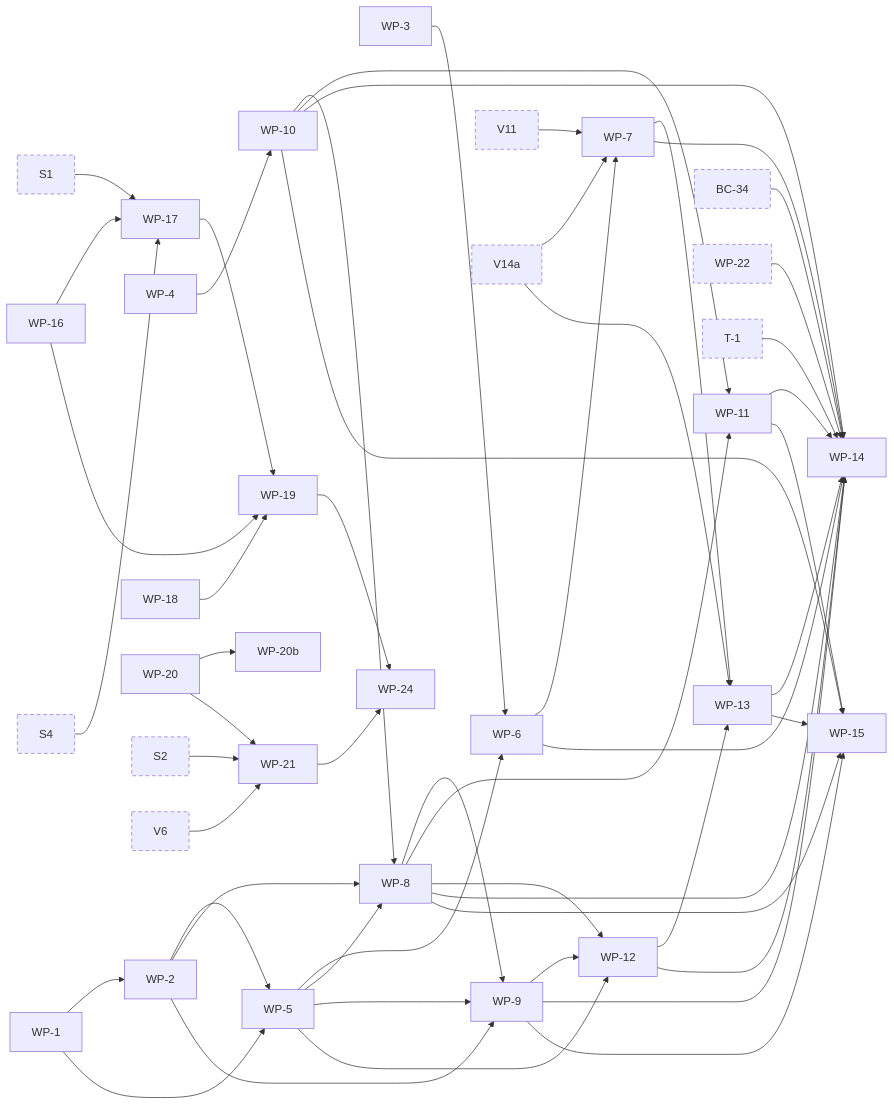
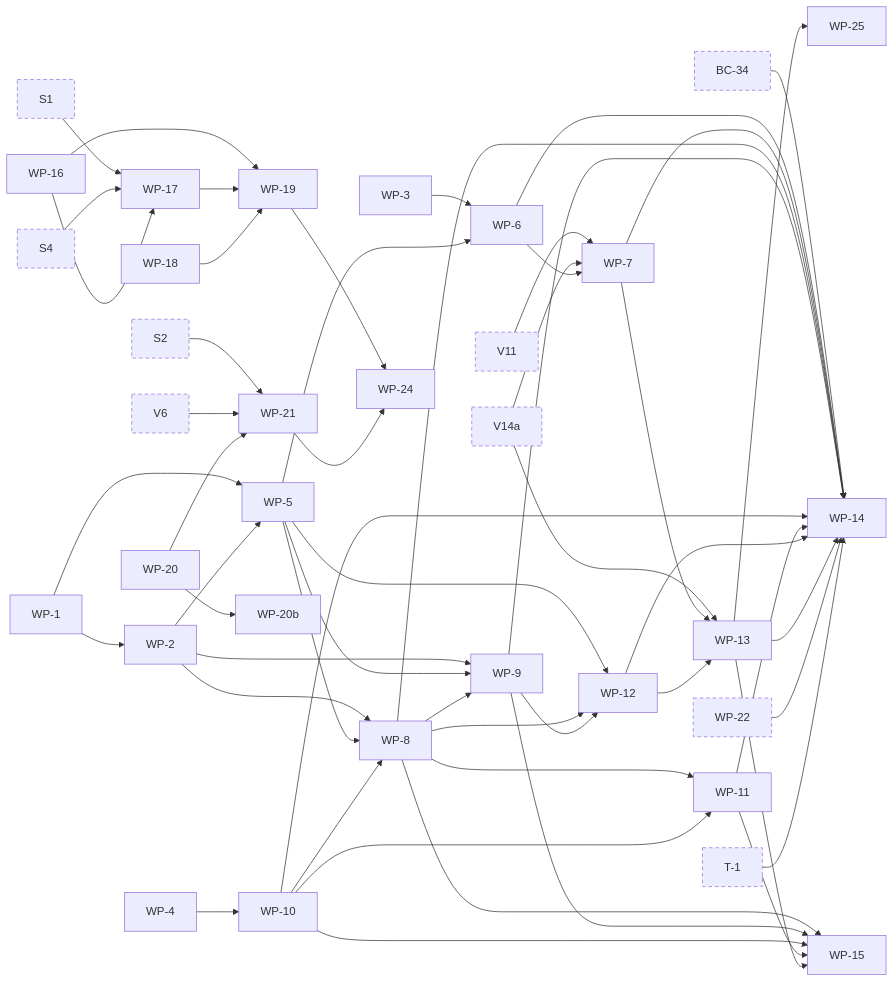
One commit to jhoblitt/rgw-go changed the eighth of 11 diagrams in docs/superpowers/plans/2026-10-13-phase-2/dependencies.md. Above: the diagram before and after it, drawn with Mermaid. The commit also changed other lines of this file and 1 other file, not shown here.

Commit message:
docs(plan): add task WP-25, GetObjectAttributes' two permissions
WP-13's adversarial review found that GetObjectAttributes is allowed
when either s3:GetObject or s3:GetObjectAttributes is, as radosgw
v20.2.4 allows it, so a principal denied s3:GetObject reads the
object's attributes and, since WP-13, its stored checksums. AWS and
upstream's fix in v21.1.2 require both. The permission rule predates
WP-13, so it becomes task WP-25 before WP-13 merges.

```diff
--- a/docs/superpowers/plans/2026-10-13-phase-2/dependencies.md
+++ b/docs/superpowers/plans/2026-10-13-phase-2/dependencies.md
@@ -821,6 +821,7 @@
   t_WP_20b["WP-20b"]
   t_WP_21["WP-21"]
   t_WP_24["WP-24"]
+  t_WP_25["WP-25"]
   t_S1["S1"]:::ext
   t_S2["S2"]:::ext
   t_S4["S4"]:::ext
@@ -881,6 +882,7 @@
   t_WP_20 --> t_WP_21
   t_WP_19 --> t_WP_24
   t_WP_21 --> t_WP_24
+  t_WP_13 --> t_WP_25
   click t_WP_1 href "https://github.com/jhoblitt/rgw-go/blob/main/docs/superpowers/plans/2026-10-13-phase-2/WP-write-path.md#task-wp-1-checksum-types-and-record" "WP-1: checksum types and record"
   click t_WP_2 href "https://github.com/jhoblitt/rgw-go/blob/main/docs/superpowers/plans/2026-10-13-phase-2/WP-write-path.md#task-wp-2-digests-and-combiners" "WP-2: digests and combiners"
   click t_WP_3 href "https://github.com/jhoblitt/rgw-go/blob/main/docs/superpowers/plans/2026-10-13-phase-2/WP-write-path.md#task-wp-3-trailer-values" "WP-3: trailer values"
@@ -904,6 +906,7 @@
   click t_WP_20b href "https://github.com/jhoblitt/rgw-go/blob/main/docs/superpowers/plans/2026-10-13-phase-2/WP-write-path.md#task-wp-20b-mask-the-tier-secret-on-the-period-path" "WP-20b: mask the tier secret on the period path"
   click t_WP_21 href "https://github.com/jhoblitt/rgw-go/blob/main/docs/superpowers/plans/2026-10-13-phase-2/WP-write-path.md#task-wp-21-get-layout" "WP-21: GET `?layout`"
   click t_WP_24 href "https://github.com/jhoblitt/rgw-go/blob/main/docs/superpowers/plans/2026-10-13-phase-2/WP-write-path.md#task-wp-24-layout-and-otp-gate" "WP-24: `?layout` and otp gate"
+  click t_WP_25 href "https://github.com/jhoblitt/rgw-go/blob/main/docs/superpowers/plans/2026-10-13-phase-2/WP-write-path.md#task-wp-25-getobjectattributes-requires-both-of-its-permissions" "WP-25: GetObjectAttributes requires both of its permissions"
   click t_S1 href "https://github.com/jhoblitt/rgw-go/blob/main/docs/superpowers/plans/2026-10-13-phase-2/00-index.md#task-s1-fakeradoss-rgw-class-as-method-tables" "S1: fakerados's rgw class as method tables"
   click t_S2 href "https://github.com/jhoblitt/rgw-go/blob/main/docs/superpowers/plans/2026-10-13-phase-2/00-index.md#task-s2-route-sets-per-feature-and-the-env-slots" "S2: route sets per feature and the Env slots"
   click t_S4 href "https://github.com/jhoblitt/rgw-go/blob/main/docs/superpowers/plans/2026-10-13-phase-2/00-index.md#task-s4-fakerados-refuses-an-unregistered-class-method-at-op-setup" "S4: fakerados refuses an unregistered class method at op setup"
```
